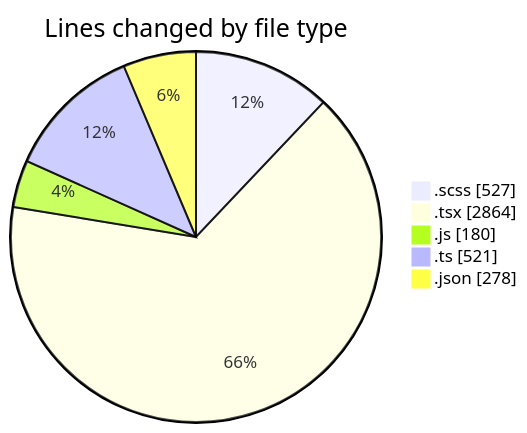
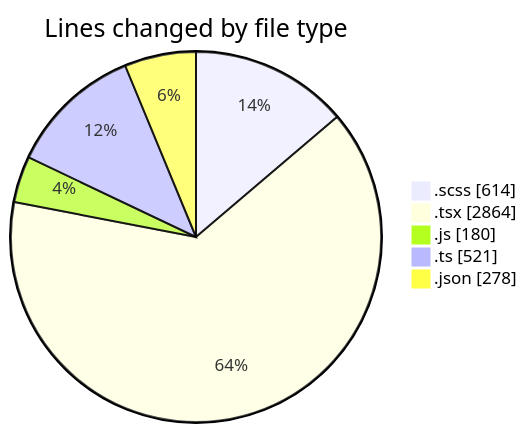
Before and after one commit to momahboobian/code-tracking: the first of 2 diagrams in 2026-08-10/cda/README.md, drawn with Mermaid. The commit also changed other lines of this file and 1 other file, not shown here.

````diff
--- a/2026-08-10/cda/README.md
+++ b/2026-08-10/cda/README.md
@@ -32,9 +32,9 @@
 ```mermaid
 pie showData
 title Lines changed by file type
-".scss" : 527
+".scss" : 614
 ".tsx" : 2864
 ".js" : 180
 ".ts" : 521
 ".json" : 278
 ```
````
